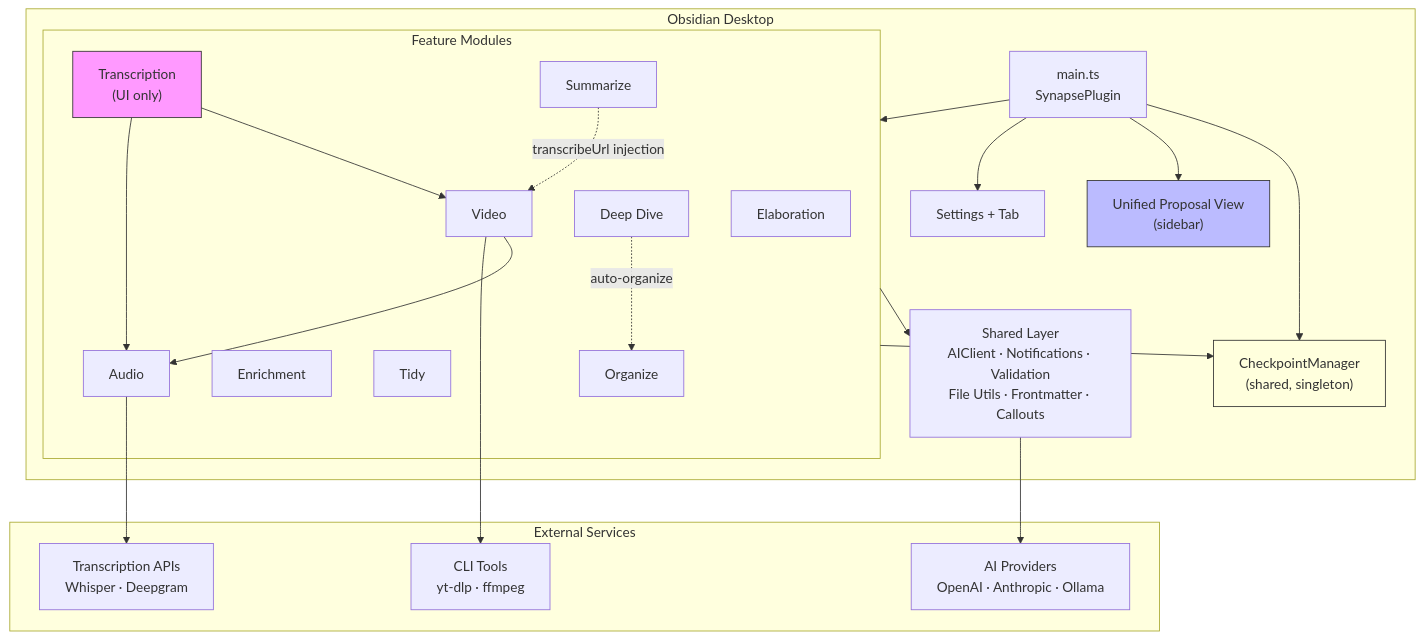
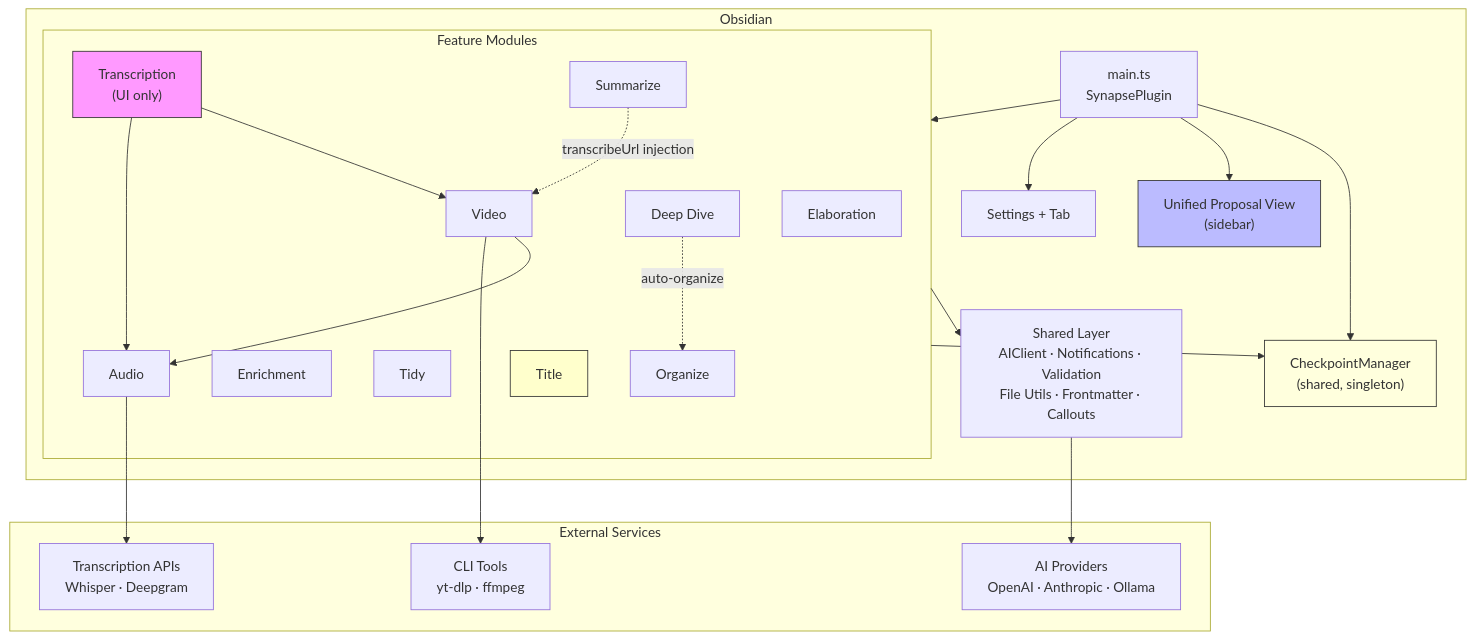
The first of 9 diagrams in ARCHITECTURE.md (dustinkeeton/obsidian-synapse), drawn with Mermaid before and after one commit. The commit also changed other lines of this file and 15 other files, not shown here.

First line of the commit message:
chore: codebase audit — architecture fixes and docs refresh (#158)

````diff
--- a/ARCHITECTURE.md
+++ b/ARCHITECTURE.md
@@ -11,48 +11,50 @@
 ```mermaid
 graph TB
-    subgraph Obsidian["Obsidian Desktop"]
+    subgraph Obsidian["Obsidian"]
         Main["main.ts<br/>SynapsePlugin"]
         Settings["Settings + Tab"]
         Sidebar["Unified Proposal View<br/>(sidebar)"]
         CkptMgr["CheckpointManager<br/>(shared, singleton)"]
 
         subgraph Features["Feature Modules"]
             Elab["Elaboration"]
             Audio["Audio"]
             Video["Video"]
             Trans["Transcription<br/>(UI only)"]
             Enrich["Enrichment"]
             Summ["Summarize"]
             Tidy["Tidy"]
             Org["Organize"]
             DD["Deep Dive"]
+            Title["Title"]
         end
 
         Shared["Shared Layer<br/>AIClient · Notifications · Validation<br/>File Utils · Frontmatter · Callouts"]
     end
 
     subgraph External["External Services"]
         AI["AI Providers<br/>OpenAI · Anthropic · Ollama"]
         TransAPI["Transcription APIs<br/>Whisper · Deepgram"]
         Tools["CLI Tools<br/>yt-dlp · ffmpeg"]
     end
 
     Main --> Settings
     Main --> Sidebar
     Main --> CkptMgr
     Main --> Features
     Features --> Shared
     Features --> CkptMgr
     Shared --> AI
     Audio --> TransAPI
     Video --> Tools
     Video --> Audio
     Trans --> Audio
     Trans --> Video
     Summ -.->|transcribeUrl injection| Video
     DD -.->|auto-organize| Org
 
     style Trans fill:#f9f,stroke:#333
     style Sidebar fill:#bbf,stroke:#333
     style CkptMgr fill:#ffd,stroke:#333
+    style Title fill:#ffc,stroke:#333
 ```
````
